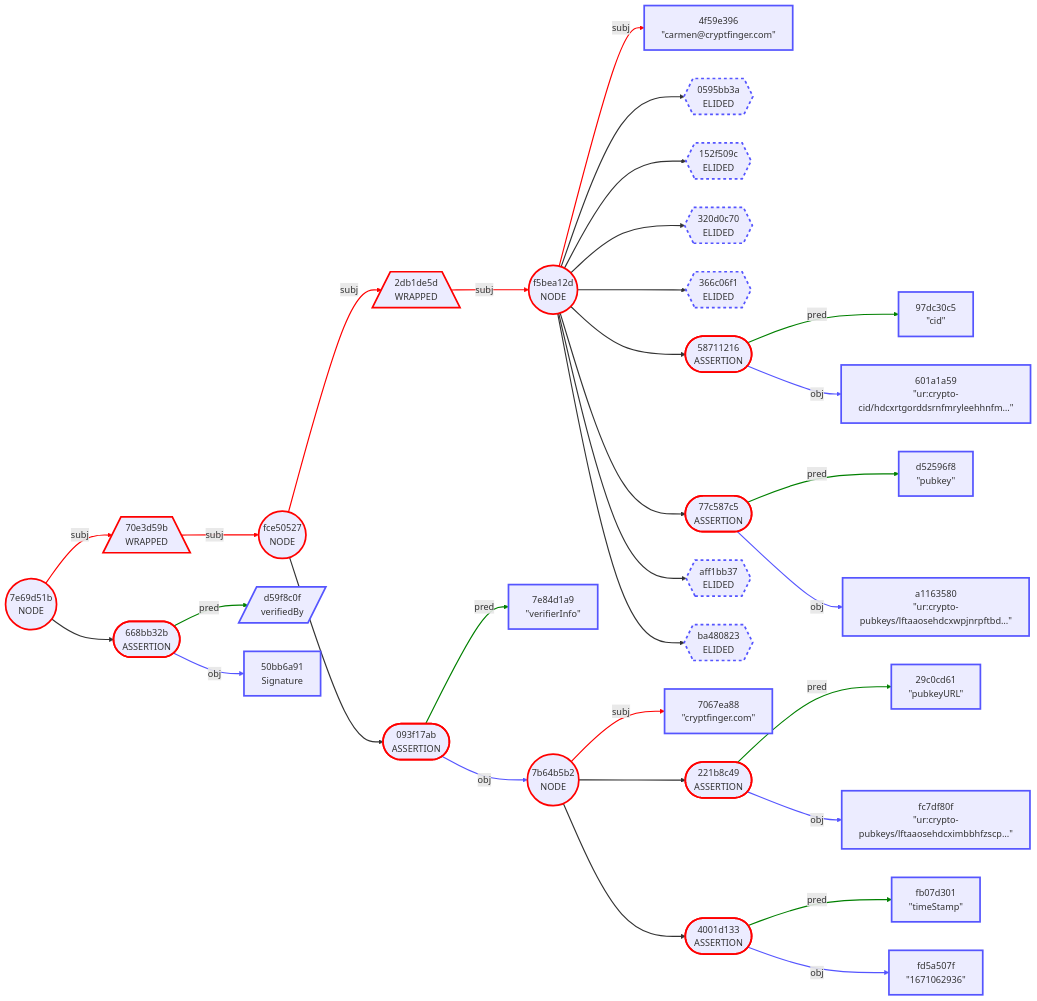
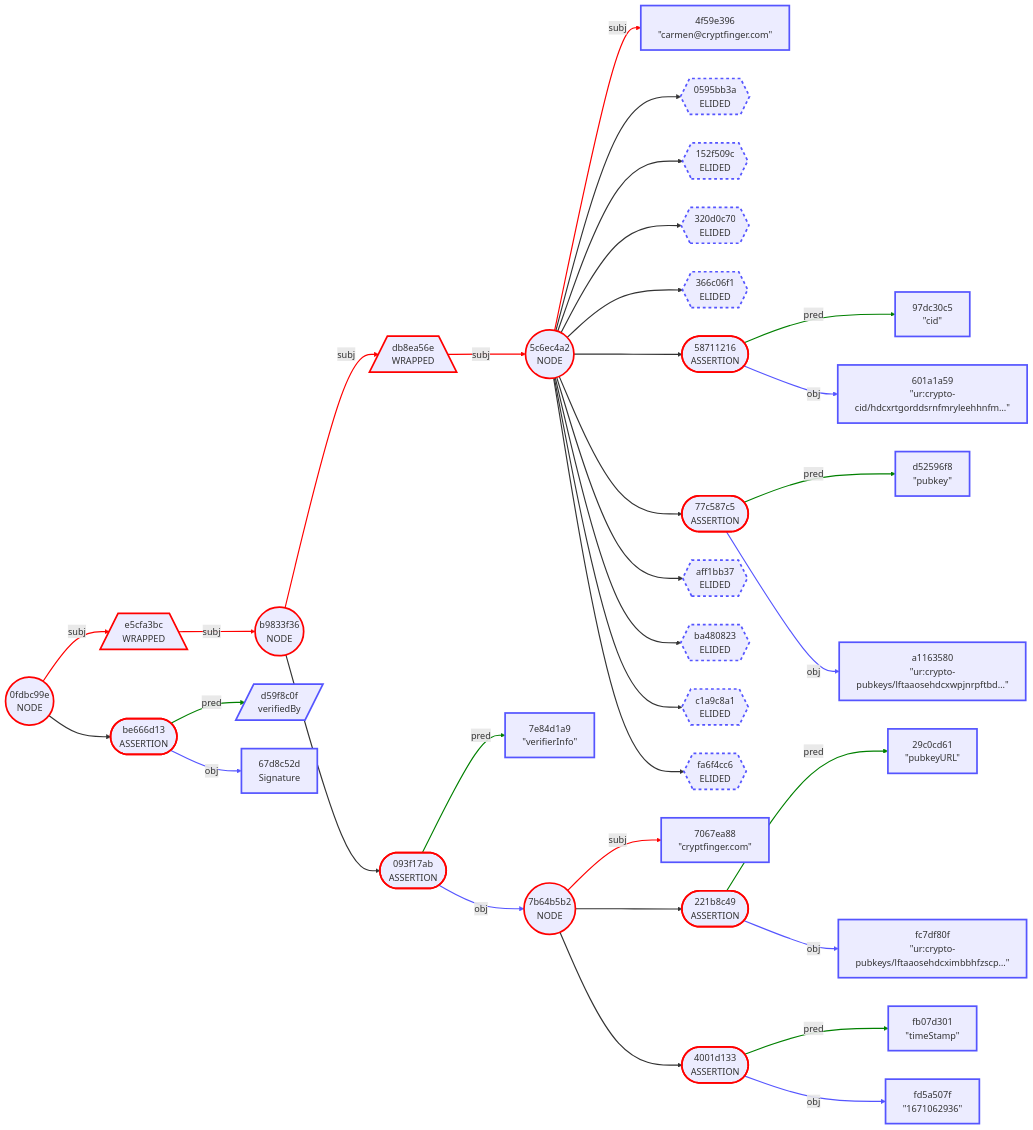
Before and after one commit to BlockchainCommons/Gordian: the fifth of 6 diagrams in Docs/Envelope-Use-Cases-Data.md, drawn with Mermaid. The commit also changed other lines of this file, not shown here.

````diff
--- a/Docs/Envelope-Use-Cases-Data.md
+++ b/Docs/Envelope-Use-Cases-Data.md
@@ -1595,10 +1595,10 @@
 ```mermaid
 graph LR
-    1(("7e69d51b<br/>NODE"))
-    2[/"70e3d59b<br/>WRAPPED"\]
-    3(("fce50527<br/>NODE"))
-    4[/"2db1de5d<br/>WRAPPED"\]
-    5(("f5bea12d<br/>NODE"))
+    1(("0fdbc99e<br/>NODE"))
+    2[/"e5cfa3bc<br/>WRAPPED"\]
+    3(("b9833f36<br/>NODE"))
+    4[/"db8ea56e<br/>WRAPPED"\]
+    5(("5c6ec4a2<br/>NODE"))
     6["4f59e396<br/>#quot;carmen@cryptfinger.com#quot;"]
     7{{"0595bb3a<br/>ELIDED"}}
     8{{"152f509c<br/>ELIDED"}}
@@ -1612,19 +1612,21 @@
     16["a1163580<br/>#quot;ur:crypto-pubkeys/lftaaosehdcxwpjnrpftbd…#quot;"]
     17{{"aff1bb37<br/>ELIDED"}}
     18{{"ba480823<br/>ELIDED"}}
-    19(["093f17ab<br/>ASSERTION"])
-    20["7e84d1a9<br/>#quot;verifierInfo#quot;"]
-    21(("7b64b5b2<br/>NODE"))
-    22["7067ea88<br/>#quot;cryptfinger.com#quot;"]
-    23(["221b8c49<br/>ASSERTION"])
-    24["29c0cd61<br/>#quot;pubkeyURL#quot;"]
-    25["fc7df80f<br/>#quot;ur:crypto-pubkeys/lftaaosehdcximbbhfzscp…#quot;"]
-    26(["4001d133<br/>ASSERTION"])
-    27["fb07d301<br/>#quot;timeStamp#quot;"]
-    28["fd5a507f<br/>#quot;1671062936#quot;"]
-    29(["668bb32b<br/>ASSERTION"])
-    30[/"d59f8c0f<br/>verifiedBy"/]
-    31["50bb6a91<br/>Signature"]
+    19{{"c1a9c8a1<br/>ELIDED"}}
+    20{{"fa6f4cc6<br/>ELIDED"}}
+    21(["093f17ab<br/>ASSERTION"])
+    22["7e84d1a9<br/>#quot;verifierInfo#quot;"]
+    23(("7b64b5b2<br/>NODE"))
+    24["7067ea88<br/>#quot;cryptfinger.com#quot;"]
+    25(["221b8c49<br/>ASSERTION"])
+    26["29c0cd61<br/>#quot;pubkeyURL#quot;"]
+    27["fc7df80f<br/>#quot;ur:crypto-pubkeys/lftaaosehdcximbbhfzscp…#quot;"]
+    28(["4001d133<br/>ASSERTION"])
+    29["fb07d301<br/>#quot;timeStamp#quot;"]
+    30["fd5a507f<br/>#quot;1671062936#quot;"]
+    31(["be666d13<br/>ASSERTION"])
+    32[/"d59f8c0f<br/>verifiedBy"/]
+    33["67d8c52d<br/>Signature"]
     1 -->|subj| 2
     2 -->|subj| 3
     3 -->|subj| 4
@@ -1642,19 +1644,21 @@
     14 -->|obj| 16
     5 --> 17
     5 --> 18
-    3 --> 19
-    19 -->|pred| 20
-    19 -->|obj| 21
-    21 -->|subj| 22
-    21 --> 23
-    23 -->|pred| 24
-    23 -->|obj| 25
-    21 --> 26
-    26 -->|pred| 27
-    26 -->|obj| 28
-    1 --> 29
-    29 -->|pred| 30
-    29 -->|obj| 31
+    5 --> 19
+    5 --> 20
+    3 --> 21
+    21 -->|pred| 22
+    21 -->|obj| 23
+    23 -->|subj| 24
+    23 --> 25
+    25 -->|pred| 26
+    25 -->|obj| 27
+    23 --> 28
+    28 -->|pred| 29
+    28 -->|obj| 30
+    1 --> 31
+    31 -->|pred| 32
+    31 -->|obj| 33
     style 1 stroke:red,stroke-width:3.0px
     style 2 stroke:red,stroke-width:3.0px
     style 3 stroke:red,stroke-width:3.0px
@@ -1673,19 +1677,21 @@
     style 16 stroke:#55f,stroke-width:3.0px
     style 17 stroke:#55f,stroke-width:3.0px,stroke-dasharray:5.0 5.0
     style 18 stroke:#55f,stroke-width:3.0px,stroke-dasharray:5.0 5.0
-    style 19 stroke:red,stroke-width:3.0px
-    style 20 stroke:#55f,stroke-width:3.0px
+    style 19 stroke:#55f,stroke-width:3.0px,stroke-dasharray:5.0 5.0
+    style 20 stroke:#55f,stroke-width:3.0px,stroke-dasharray:5.0 5.0
     style 21 stroke:red,stroke-width:3.0px
     style 22 stroke:#55f,stroke-width:3.0px
     style 23 stroke:red,stroke-width:3.0px
     style 24 stroke:#55f,stroke-width:3.0px
-    style 25 stroke:#55f,stroke-width:3.0px
-    style 26 stroke:red,stroke-width:3.0px
+    style 25 stroke:red,stroke-width:3.0px
+    style 26 stroke:#55f,stroke-width:3.0px
     style 27 stroke:#55f,stroke-width:3.0px
-    style 28 stroke:#55f,stroke-width:3.0px
-    style 29 stroke:red,stroke-width:3.0px
+    style 28 stroke:red,stroke-width:3.0px
+    style 29 stroke:#55f,stroke-width:3.0px
     style 30 stroke:#55f,stroke-width:3.0px
-    style 31 stroke:#55f,stroke-width:3.0px
+    style 31 stroke:red,stroke-width:3.0px
+    style 32 stroke:#55f,stroke-width:3.0px
+    style 33 stroke:#55f,stroke-width:3.0px
     linkStyle 0 stroke:red,stroke-width:2.0px
     linkStyle 1 stroke:red,stroke-width:2.0px
     linkStyle 2 stroke:red,stroke-width:2.0px
@@ -1704,16 +1710,18 @@
     linkStyle 15 stroke-width:2.0px
     linkStyle 16 stroke-width:2.0px
     linkStyle 17 stroke-width:2.0px
-    linkStyle 18 stroke:green,stroke-width:2.0px
-    linkStyle 19 stroke:#55f,stroke-width:2.0px
-    linkStyle 20 stroke:red,stroke-width:2.0px
-    linkStyle 21 stroke-width:2.0px
-    linkStyle 22 stroke:green,stroke-width:2.0px
-    linkStyle 23 stroke:#55f,stroke-width:2.0px
-    linkStyle 24 stroke-width:2.0px
-    linkStyle 25 stroke:green,stroke-width:2.0px
-    linkStyle 26 stroke:#55f,stroke-width:2.0px
-    linkStyle 27 stroke-width:2.0px
-    linkStyle 28 stroke:green,stroke-width:2.0px
-    linkStyle 29 stroke:#55f,stroke-width:2.0px
+    linkStyle 18 stroke-width:2.0px
+    linkStyle 19 stroke-width:2.0px
+    linkStyle 20 stroke:green,stroke-width:2.0px
+    linkStyle 21 stroke:#55f,stroke-width:2.0px
+    linkStyle 22 stroke:red,stroke-width:2.0px
+    linkStyle 23 stroke-width:2.0px
+    linkStyle 24 stroke:green,stroke-width:2.0px
+    linkStyle 25 stroke:#55f,stroke-width:2.0px
+    linkStyle 26 stroke-width:2.0px
+    linkStyle 27 stroke:green,stroke-width:2.0px
+    linkStyle 28 stroke:#55f,stroke-width:2.0px
+    linkStyle 29 stroke-width:2.0px
+    linkStyle 30 stroke:green,stroke-width:2.0px
+    linkStyle 31 stroke:#55f,stroke-width:2.0px
 ```
````
